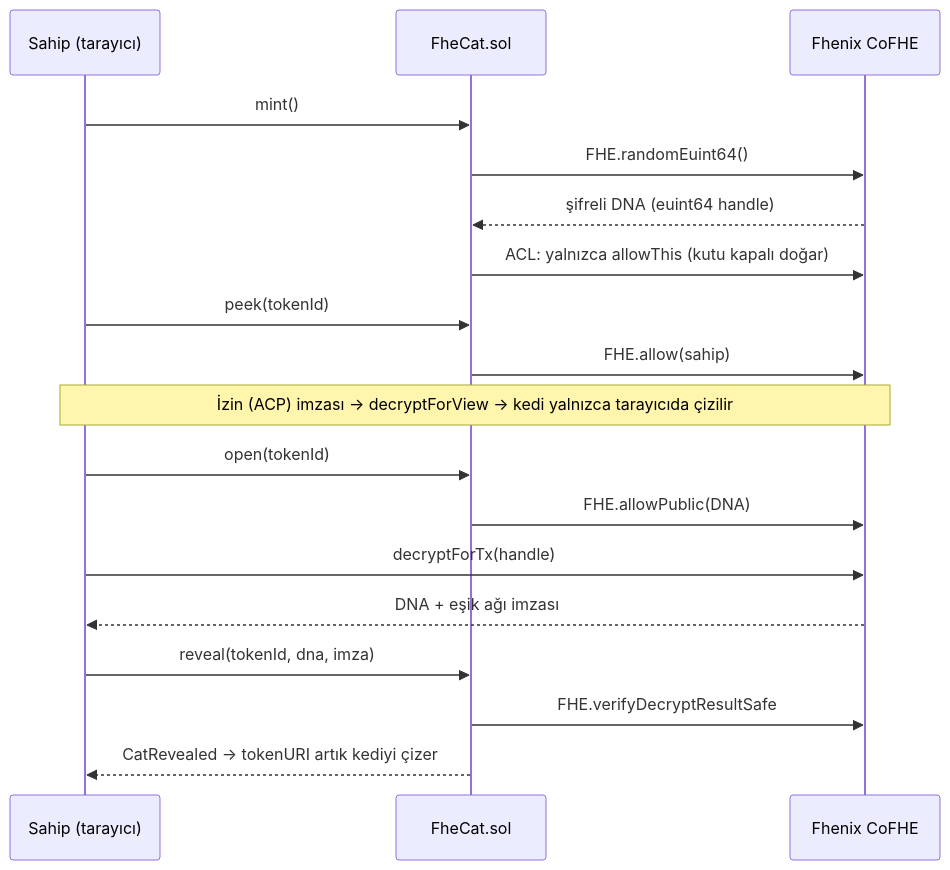
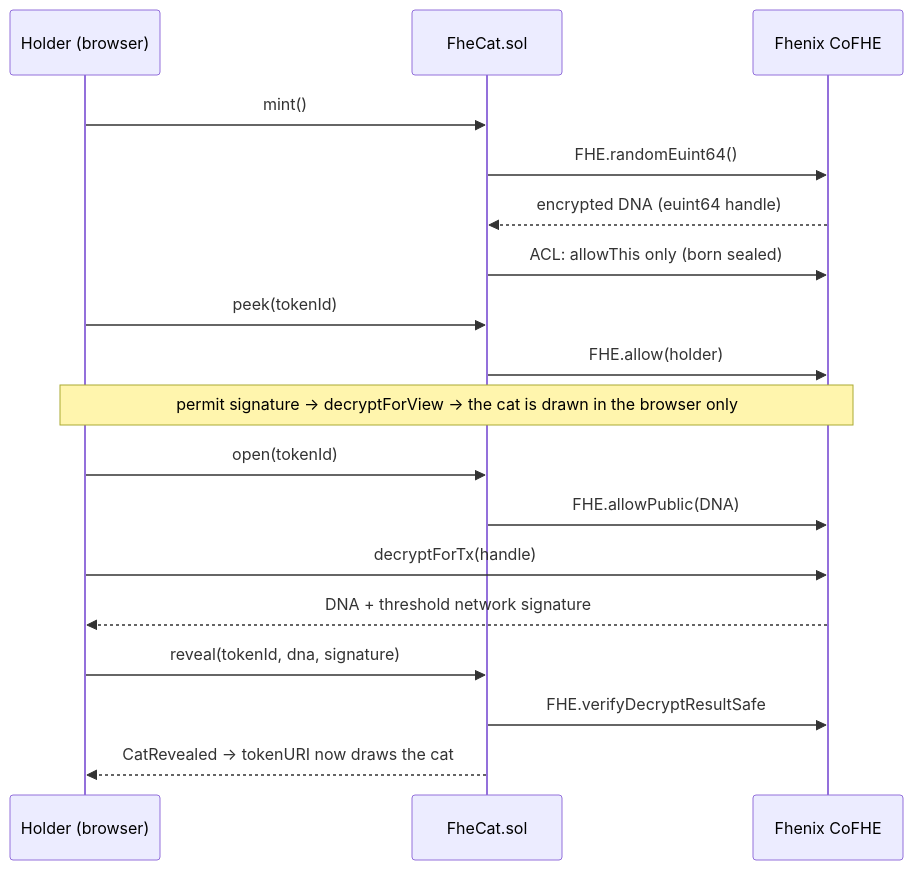
The diagram in README.md (FheCat/FheCat), drawn with Mermaid before and after one commit. The commit also changed other lines of this file and 12 other files, not shown here.

````diff
--- a/README.md
+++ b/README.md
@@ -28,20 +54,20 @@
 ```mermaid
 sequenceDiagram
-    participant U as Sahip (tarayıcı)
+    participant U as Holder (browser)
     participant C as FheCat.sol
     participant F as Fhenix CoFHE
     U->>C: mint()
     C->>F: FHE.randomEuint64()
-    F-->>C: şifreli DNA (euint64 handle)
-    C->>F: ACL: yalnızca allowThis (kutu kapalı doğar)
+    F-->>C: encrypted DNA (euint64 handle)
+    C->>F: ACL: allowThis only (born sealed)
     U->>C: peek(tokenId)
-    C->>F: FHE.allow(sahip)
-    Note over U,F: İzin (ACP) imzası → decryptForView → kedi yalnızca tarayıcıda çizilir
+    C->>F: FHE.allow(holder)
+    Note over U,F: permit signature → decryptForView → the cat is drawn in the browser only
     U->>C: open(tokenId)
     C->>F: FHE.allowPublic(DNA)
     U->>F: decryptForTx(handle)
-    F-->>U: DNA + eşik ağı imzası
-    U->>C: reveal(tokenId, dna, imza)
+    F-->>U: DNA + threshold network signature
+    U->>C: reveal(tokenId, dna, signature)
     C->>F: FHE.verifyDecryptResultSafe
-    C-->>U: CatRevealed → tokenURI artık kediyi çizer
+    C-->>U: CatRevealed → tokenURI now draws the cat
 ```
````
